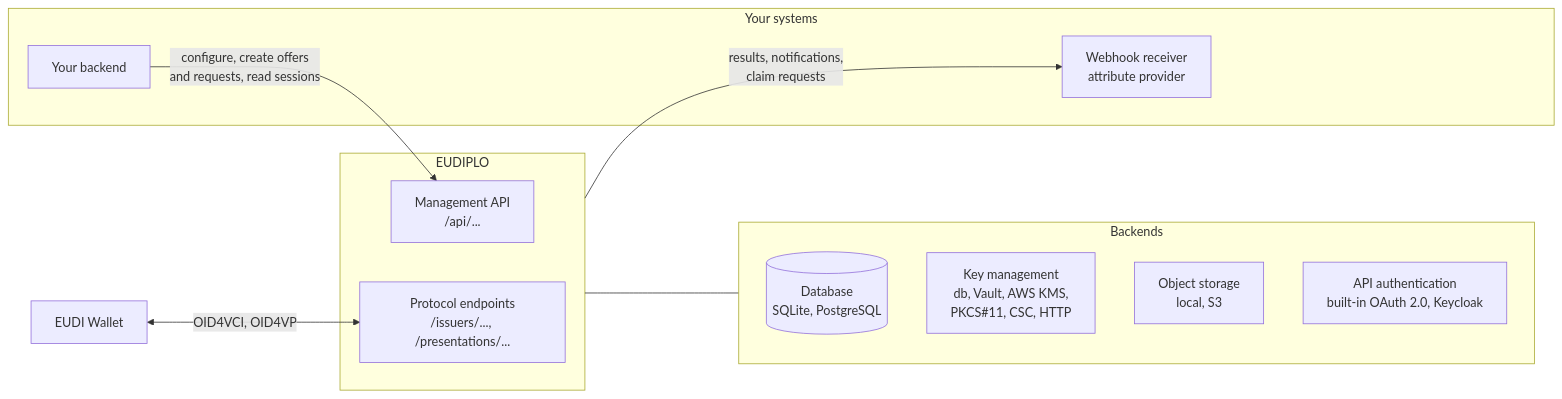
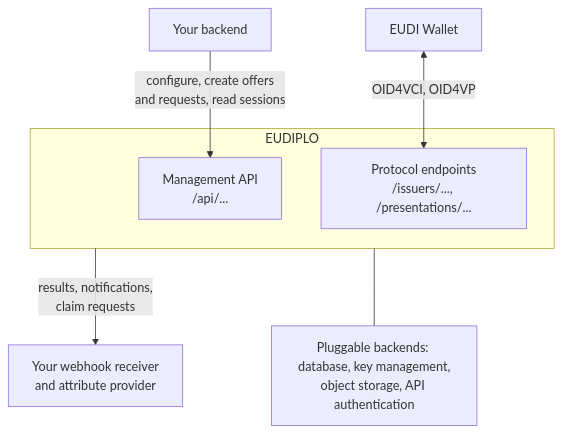
Before and after one commit to Cypher-CP0/eudiplo: the first of 3 diagrams in apps/docs/docs/concepts/index.md, drawn with Mermaid. The commit also changed other lines of this file and 27 other files, not shown here.

````diff
--- a/apps/docs/docs/concepts/index.md
+++ b/apps/docs/docs/concepts/index.md
@@ -23,22 +23,15 @@
 ```mermaid
-flowchart LR
-    subgraph yours["Your systems"]
-        BE[Your backend]
-        RX[Webhook receiver<br/>attribute provider]
-    end
+flowchart TB
+    BE[Your backend]
     W[EUDI Wallet]
     subgraph eudiplo[EUDIPLO]
         API["Management API<br/>/api/..."]
         PROTO["Protocol endpoints<br/>/issuers/..., /presentations/..."]
     end
-    subgraph backends[Backends]
-        DB[("Database<br/>SQLite, PostgreSQL")]
-        KMS["Key management<br/>db, Vault, AWS KMS,<br/>PKCS#11, CSC, HTTP"]
-        ST["Object storage<br/>local, S3"]
-        IAM["API authentication<br/>built-in OAuth 2.0, Keycloak"]
-    end
+    RX["Your webhook receiver<br/>and attribute provider"]
+    B["Pluggable backends: database, key management,<br/>object storage, API authentication"]
     BE -->|"configure, create offers<br/>and requests, read sessions"| API
     W <-->|"OID4VCI, OID4VP"| PROTO
     eudiplo -->|"results, notifications,<br/>claim requests"| RX
-    eudiplo --- backends
+    eudiplo --- B
 ```
````
